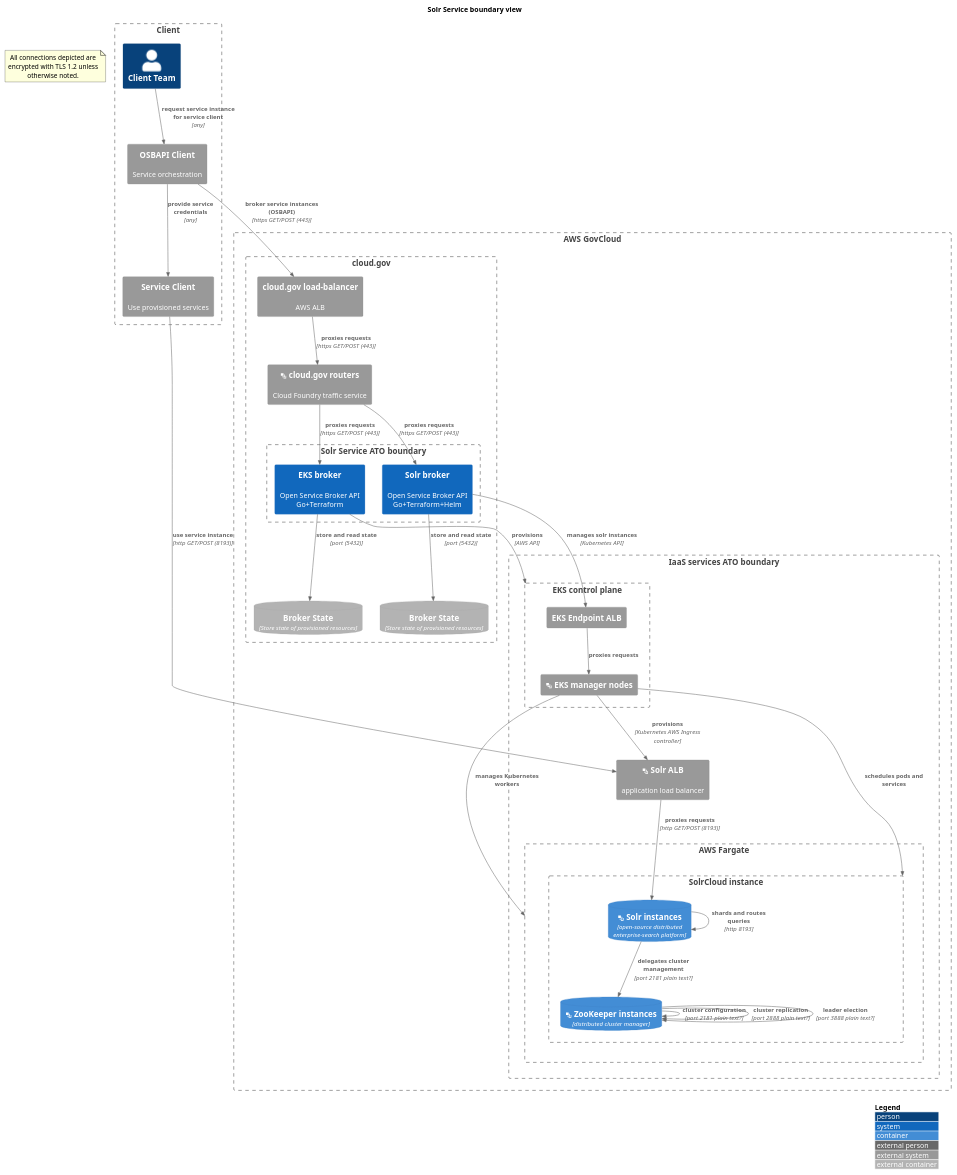
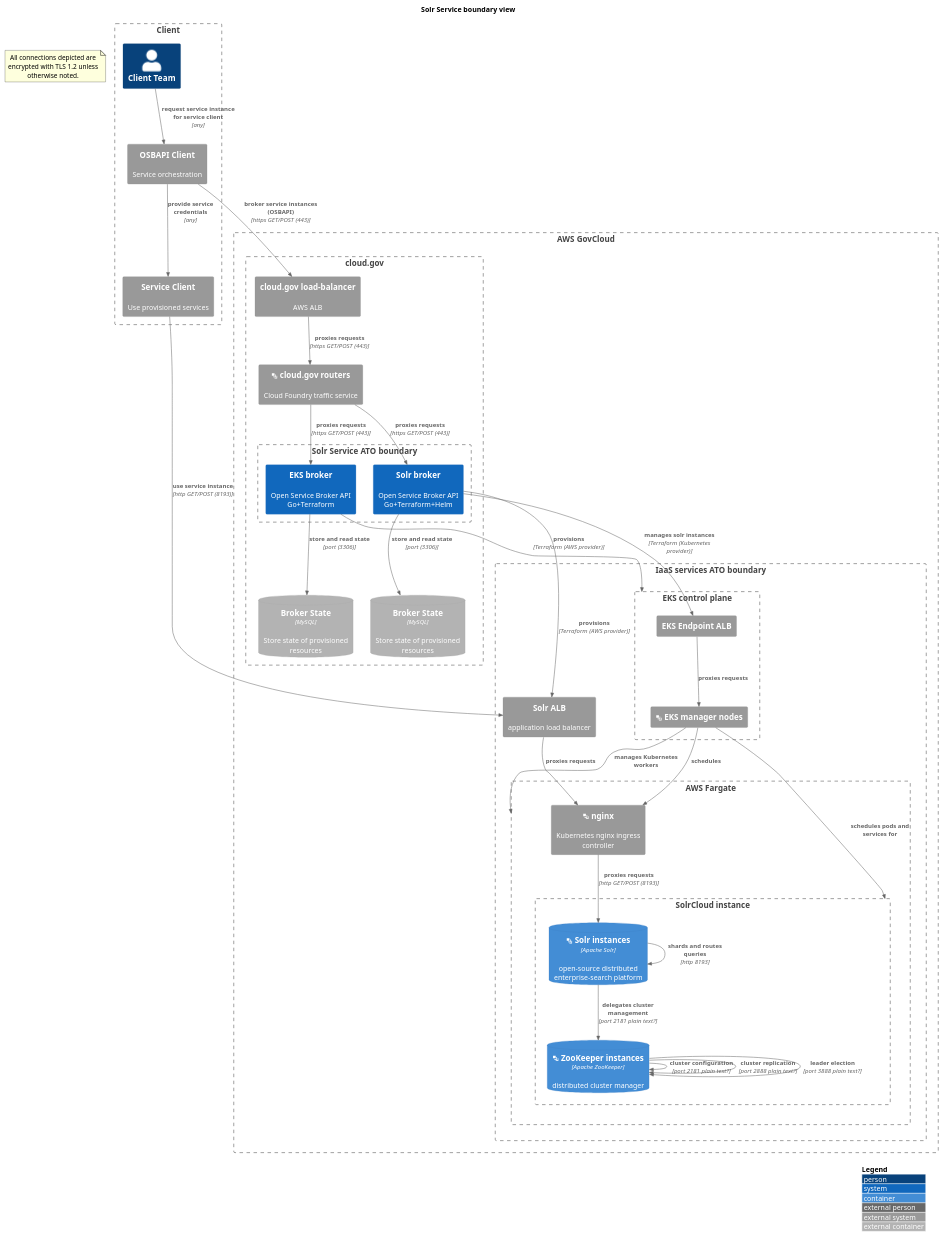
The second of 2 diagrams in solr-service-scratchpad.md (GSA/datagov-compliance), drawn with PlantUML before and after one commit.

Commit message:
nginx ingress

````diff
--- a/solr-service-scratchpad.md
+++ b/solr-service-scratchpad.md
@@ -25,63 +25,66 @@
 ```plantuml
 @startuml
 !include https://raw.githubusercontent.com/plantuml-stdlib/C4-PlantUML/master/C4_Container.puml
 ' uncomment the following line and comment the first to use locally
 ' !include C4_Container.puml
 LAYOUT_WITH_LEGEND()
 title Solr Service boundary view
 Boundary(client, "Client") {
   Person(client_team, "Client Team")
   System_Ext(osbapi_client, "OSBAPI Client", "Service orchestration")
   System_Ext(service_client, "Service Client", "Use provisioned services")
   Rel(osbapi_client, service_client, "provide service credentials", "any")
   Rel(client_team, osbapi_client, "request service instance for service client", "any")
 }
 note as EncryptionNote
 All connections depicted are encrypted with TLS 1.2 unless otherwise noted.
 end note
 Boundary(aws, "AWS GovCloud") {
     Boundary(iaas, "IaaS services ATO boundary") {
-    System_Ext(aws_solr_alb, "<&layers> Solr ALB", "application load balancer")
+    System_Ext(aws_solr_alb, "Solr ALB", "application load balancer")
         Boundary(aws_eks, "EKS control plane") {
 	    System_Ext(aws_eks_alb, "EKS Endpoint ALB")
             System_Ext(aws_eks_managers, "<&layers> EKS manager nodes")
         }
         Boundary(aws_fargate, "AWS Fargate") {
+	  System_Ext(sys_solr_nginx_ingress, "<&layers> nginx", "Kubernetes nginx ingress controller")
 	  Boundary(b_solrcloud, "SolrCloud instance") {
-	  ContainerDb(solr_instances, "<&layers> Solr instances", "open-source distributed enterprise-search platform")
-	    ContainerDb(zookeeper_instances, "<&layers> ZooKeeper instances", "distributed cluster manager")
+	  ContainerDb(solr_instances, "<&layers> Solr instances", "Apache Solr", "open-source distributed enterprise-search platform")
+	    ContainerDb(zookeeper_instances, "<&layers> ZooKeeper instances", "Apache ZooKeeper", "distributed cluster manager")
 	  }
         }
     }
     Boundary(cloudgov, "cloud.gov") {
         System_Ext(aws_cg_alb, "cloud.gov load-balancer", "AWS ALB")
         System_Ext(cloudgov_router, "<&layers> cloud.gov routers", "Cloud Foundry traffic service")
 	Boundary(atob, "Solr Service ATO boundary") {
 	    System(eks_app, "EKS broker", "Open Service Broker API Go+Terraform")
 	    System(solr_app, "Solr broker", "Open Service Broker API Go+Terraform+Helm")
         }
-	ContainerDb_Ext(solr_app_db, "Broker State", "Store state of provisioned resources")
-	ContainerDb_Ext(eks_app_db, "Broker State", "Store state of provisioned resources")
+	ContainerDb_Ext(solr_app_db, "Broker State", "MySQL", "Store state of provisioned resources")
+	ContainerDb_Ext(eks_app_db, "Broker State", "MySQL", "Store state of provisioned resources")
     }
 }
-Rel(eks_app, aws_eks, "provisions", "AWS API")
-Rel(solr_app, aws_eks_alb, "manages solr instances", "Kubernetes API")
+Rel(eks_app, aws_eks, "provisions", "Terraform (AWS provider)")
+Rel(solr_app, aws_eks_alb, "manages solr instances", "Terraform (Kubernetes provider)")
 Rel(osbapi_client, aws_cg_alb, "broker service instances (OSBAPI)", "https GET/POST (443)")
 Rel(aws_cg_alb, cloudgov_router, "proxies requests", "https GET/POST (443)")
 Rel(cloudgov_router, eks_app, "proxies requests", "https GET/POST (443)")
 Rel(cloudgov_router, solr_app, "proxies requests", "https GET/POST (443)")
-Rel(eks_app, eks_app_db, "store and read state", "port (5432)")
-Rel(solr_app, solr_app_db, "store and read state", "port (5432)")
+Rel(eks_app, eks_app_db, "store and read state", "port (3306)")
+Rel(solr_app, solr_app_db, "store and read state", "port (3306)")
 Rel(service_client, aws_solr_alb, "use service instance", "http GET/POST (8193)")
-Rel(aws_solr_alb, solr_instances, "proxies requests", "http GET/POST (8193)")
 Rel(solr_instances, solr_instances, "shards and routes queries", "http 8193")
 Rel(solr_instances, zookeeper_instances, "delegates cluster management", "port 2181 plain text?")
 Rel(zookeeper_instances, zookeeper_instances, "cluster configuration", "port 2181 plain text?")
 Rel(zookeeper_instances, zookeeper_instances, "cluster replication", "port 2888 plain text?")
 Rel(zookeeper_instances, zookeeper_instances, "leader election", "port 3888 plain text?")
 Rel(aws_eks_alb, aws_eks_managers, "proxies requests")
 Rel(aws_eks_managers, aws_fargate, "manages Kubernetes workers")
-Rel(aws_eks_managers, aws_solr_alb, "provisions", "Kubernetes AWS Ingress controller")
-Rel(aws_eks_managers, b_solrcloud, "schedules pods and services")
+Rel(solr_app, aws_solr_alb, "provisions", "Terraform (AWS provider)")
+Rel(aws_eks_managers, b_solrcloud, "schedules pods and services for")
+Rel(aws_eks_managers, sys_solr_nginx_ingress, "schedules")
+Rel(aws_solr_alb, sys_solr_nginx_ingress, "proxies requests")
+Rel(sys_solr_nginx_ingress, solr_instances, "proxies requests", "http GET/POST (8193)")
 @enduml
 ```
````
